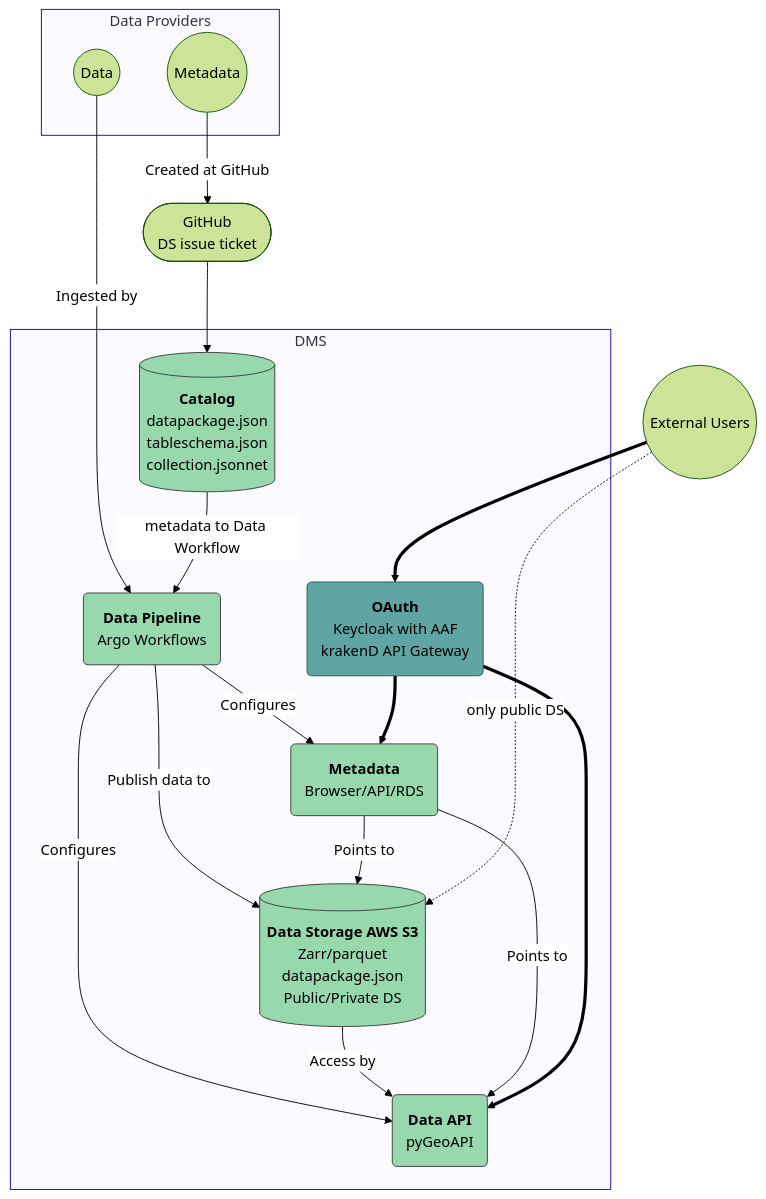
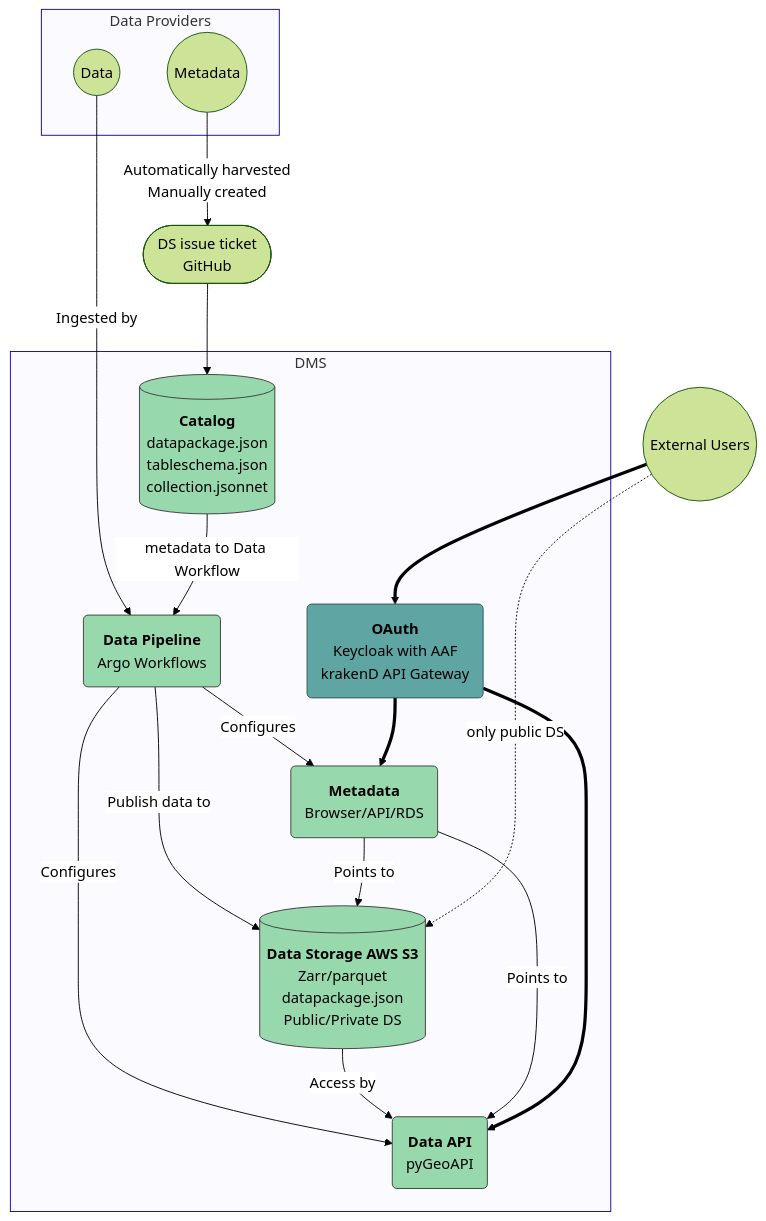
Before and after one commit to gbr-dms/rimrep-documentation: the diagram in docs/architecture/README.md, drawn with Mermaid. The commit also changed other lines of this file and 7 other files, not shown here.

````diff
--- a/docs/architecture/README.md
+++ b/docs/architecture/README.md
@@ -46,54 +46,54 @@
 ```mermaid
 %%{
   init: {
     'theme': 'forest',
     'themeVariables': {
       'edgeLabelBackground': '#ffffff',
       'tertiaryTextColor': '#0f00aa',
       'clusterBkg': '#fafaff',
       'clusterBorder': '#0f00aa', 
       'fontSize': 24
     }
   }
 }%%
 
 flowchart TB
   classDef green fill:#97d8ad,stroke:#3b3b3b;
   classDef blue fill:#5fa5a3, stroke:#315554 ;
 
   subgraph "DMS"
     data_pipeline(<strong>Data Pipeline</strong>\n Argo Workflows):::green
     data_api(<strong>Data API</strong>\n pyGeoAPI):::green
     metadata_api(<strong>Metadata</strong> \n Browser/API/RDS):::green
     data_storage[(<strong>Data Storage AWS S3</strong>\n Zarr/parquet \n datapackage.json \nPublic/Private DS)]:::green
     catalog[(<strong>Catalog</strong> \n datapackage.json \n tableschema.json\ncollection.jsonnet)]:::green
     OAuth("<strong>OAuth</strong> \n Keycloak with AAF \n krakenD API Gateway"):::blue
     end
 
   subgraph "Data Providers" 
     data_providers(("Data"))
     external_metadata(("Metadata"))
   end
 
 
-  github([GitHub \n DS issue ticket])
+  github([DS issue ticket \n GitHub])
   external_users((External Users))
 
   data_providers --> |Ingested by| data_pipeline
-  external_metadata --> |Created at GitHub| github
+  external_metadata --> |Automatically harvested \n Manually created| github
   github --> catalog
   data_pipeline -->|Configures| data_api
   data_pipeline -->|Configures| metadata_api
   catalog -->|metadata to Data Workflow| data_pipeline
   data_pipeline -->|Publish data to| data_storage
   data_storage -->|Access by| data_api
 
   metadata_api--> |Points to| data_api
   metadata_api-->|Points to| data_storage
 
   external_users ==> OAuth
   external_users .->|only public DS| data_storage
   OAuth ==> data_api
   OAuth ==> metadata_api
 
 ```
````
